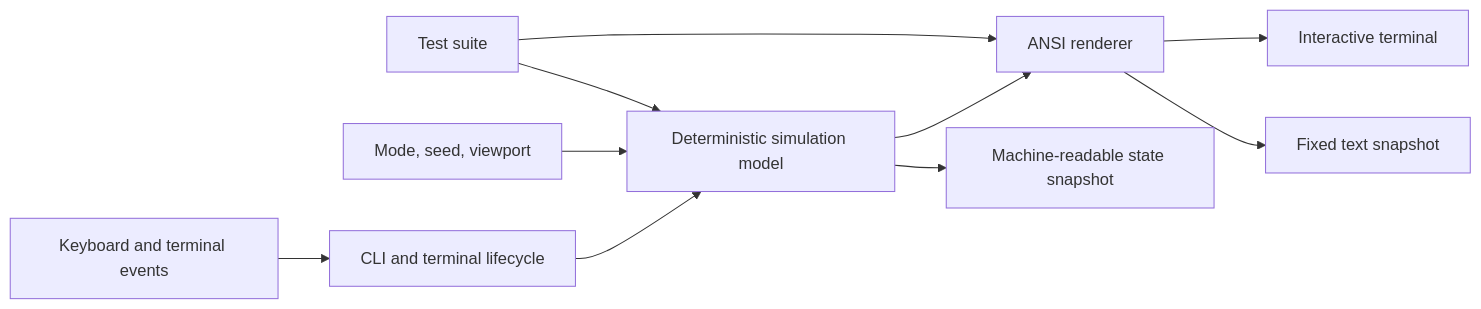
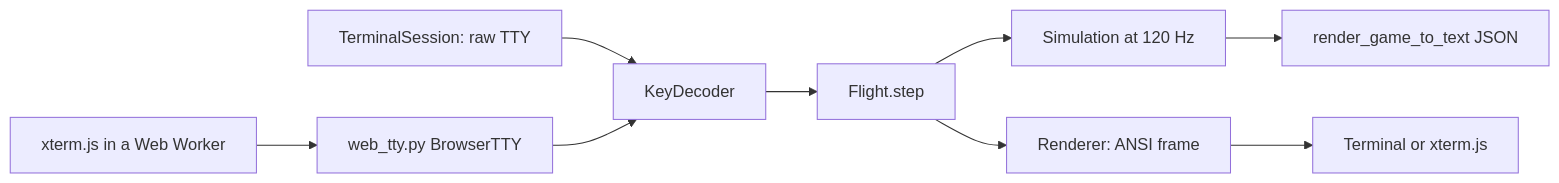
One commit to fortunexbt/docs changed the diagram in architecture/terminal-starfield.mdx. Above: the diagram before and after it, drawn with Mermaid. The commit also changed other lines of this file and 35 other files, not shown here.

````diff
--- a/architecture/terminal-starfield.mdx
+++ b/architecture/terminal-starfield.mdx
@@ -26,12 +31,11 @@
 ```mermaid
 flowchart LR
-  Input[Keyboard and terminal events] --> CLI[CLI and terminal lifecycle]
-  CLI --> Model[Deterministic simulation model]
-  Seed[Mode, seed, viewport] --> Model
-  Model --> Render[ANSI renderer]
-  Render --> Screen[Interactive terminal]
-  Model --> State[Machine-readable state snapshot]
-  Render --> Frame[Fixed text snapshot]
-  Tests[Test suite] --> Model
-  Tests --> Render
+  TTY[TerminalSession: raw TTY] --> Decoder[KeyDecoder]
+  Xterm[xterm.js in a Web Worker] --> WebTTY[web_tty.py BrowserTTY]
+  WebTTY --> Decoder
+  Decoder --> Flight[Flight.step]
+  Flight --> Sim[Simulation at 120 Hz]
+  Flight --> Renderer[Renderer: ANSI frame]
+  Sim --> State[render_game_to_text JSON]
+  Renderer --> Out[Terminal or xterm.js]
 ```
````
